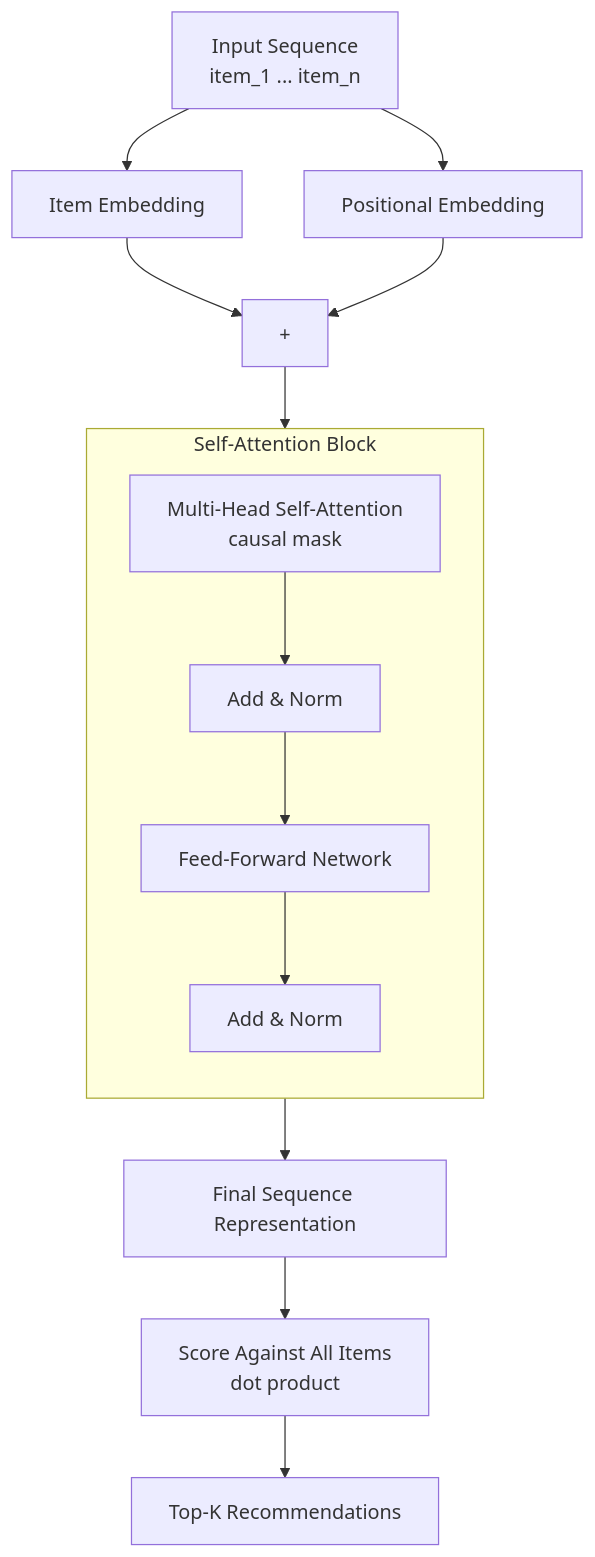
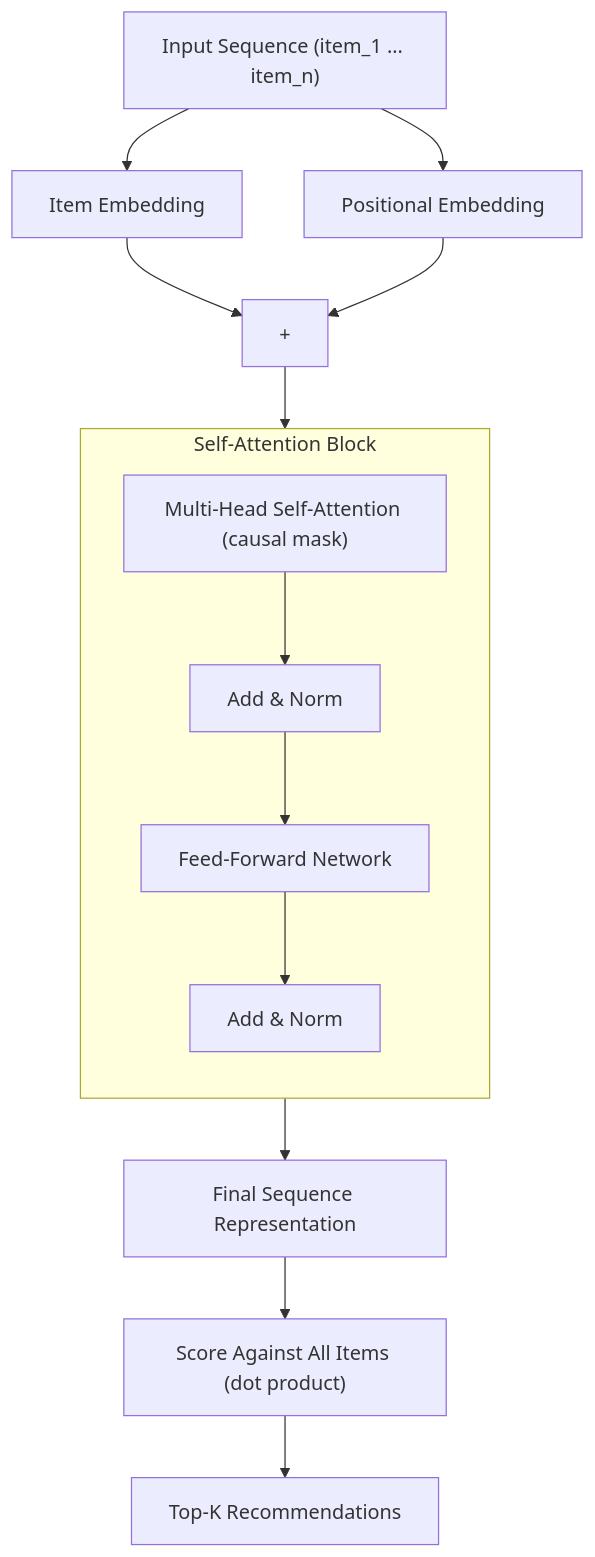
The second of 2 diagrams in README.md (NNavadeep05/sasrec-recommender), drawn with Mermaid before and after one commit. The commit also changed other lines of this file, not shown here.

Commit message:
Improve readability of README.md content

````diff
--- a/README.md
+++ b/README.md
@@ -41,17 +41,17 @@
 ```mermaid
 flowchart TB
-    A[Input Sequence<br/>item_1 ... item_n] --> B[Item Embedding]
+    A["Input Sequence (item_1 ... item_n)"] --> B[Item Embedding]
     A --> C[Positional Embedding]
     B --> D[+]
     C --> D
     D --> E[Self-Attention Block x2]
     subgraph E [Self-Attention Block]
         direction TB
-        E1[Multi-Head Self-Attention<br/>causal mask] --> E2[Add & Norm]
+        E1["Multi-Head Self-Attention (causal mask)"] --> E2[Add & Norm]
         E2 --> E3[Feed-Forward Network]
         E3 --> E4[Add & Norm]
     end
     E --> F[Final Sequence Representation]
-    F --> G[Score Against All Items<br/>dot product]
+    F --> G["Score Against All Items (dot product)"]
     G --> H[Top-K Recommendations]
 ```
````
